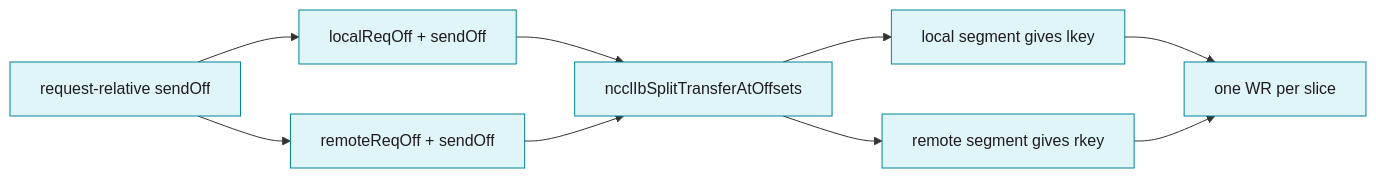
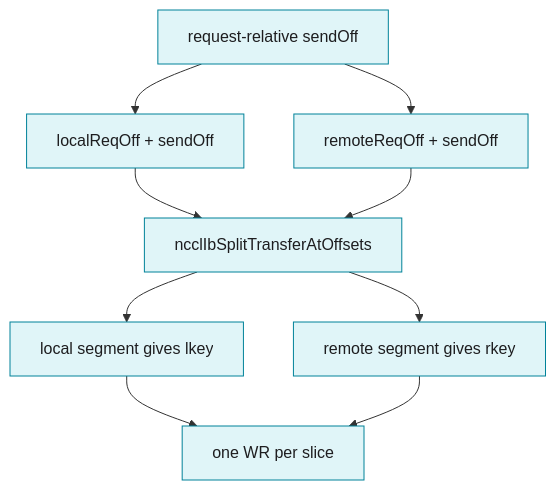
One commit to ROCm/rocm-systems changed the fourth of 5 diagrams in projects/rccl/docs/design/multi_segment_netib_wire.md. Above: the diagram before and after it, drawn with Mermaid. The commit also changed other lines of this file and 18 other files, not shown here.

First line of the commit message:
docs: add new design diagrams and an AMD-style book build

````diff
--- a/projects/rccl/docs/design/multi_segment_netib_wire.md
+++ b/projects/rccl/docs/design/multi_segment_netib_wire.md
@@ -163,13 +176,14 @@
 ```mermaid
-flowchart LR
+%% caption: Independent local and remote offsets select the lkey and rkey of each slice
+flowchart TD
  q["request-relative sendOff"] --> l["localReqOff + sendOff"]
  q --> r["remoteReqOff + sendOff"]
  l --> s["ncclIbSplitTransferAtOffsets"]
  r --> s
  s --> ls["local segment gives lkey"]
  s --> rs["remote segment gives rkey"]
  ls --> w["one WR per slice"]
  rs --> w
  classDef netib fill:#e0f5f8,stroke:#008299,color:#1d1d1f
  class q,l,r,s,ls,rs,w netib
 ```
````
